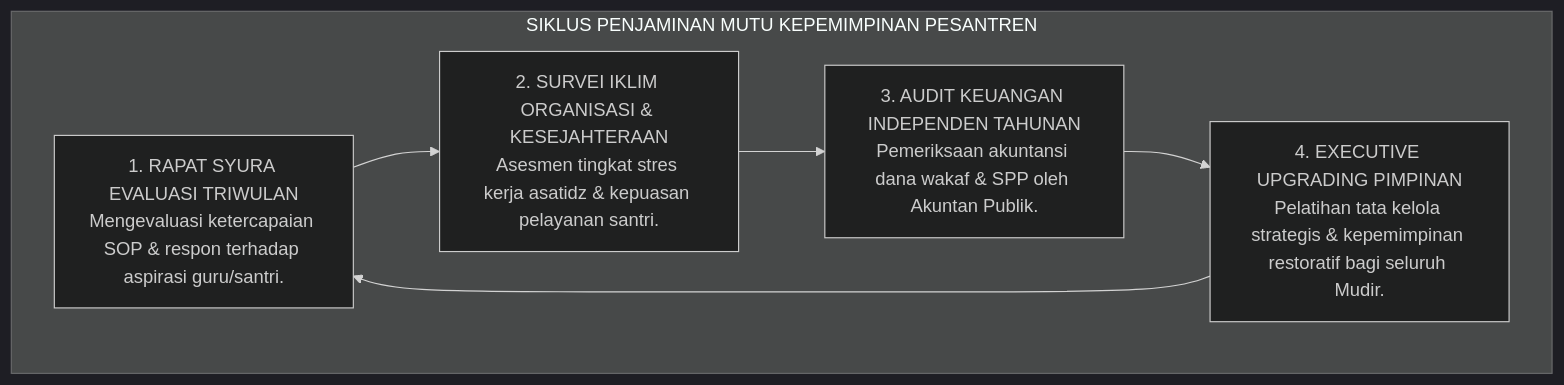
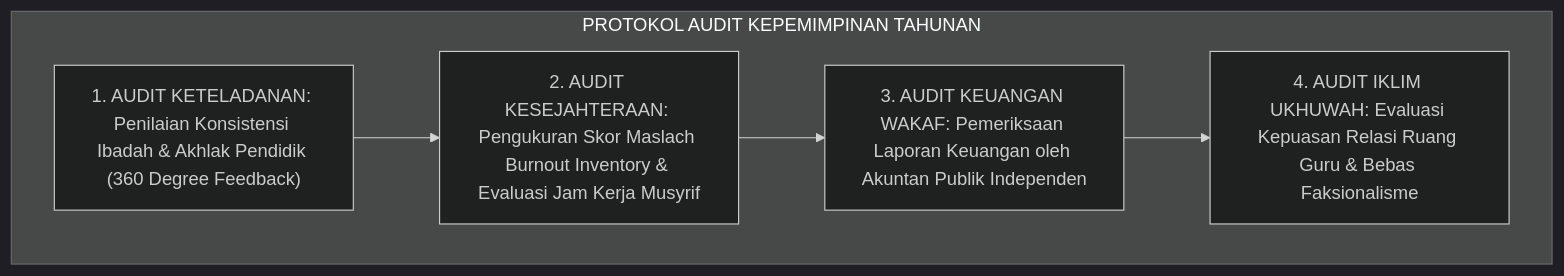
Before and after one commit to wandiapriliyandi/tumbuh: the fourth of 4 diagrams in 01 Philosophy/05 Leadership/P1-05-07-Sintesis-Leadership-TUMBUH.md, drawn with Mermaid (dark theme). The commit also changed other lines of this file and 7 other files, not shown here.

````diff
--- a/01 Philosophy/05 Leadership/P1-05-07-Sintesis-Leadership-TUMBUH.md
+++ b/01 Philosophy/05 Leadership/P1-05-07-Sintesis-Leadership-TUMBUH.md
@@ -148,14 +185,9 @@
 ```mermaid
 flowchart TD
-    subgraph SiklusAuditKepemimpinan["SIKLUS PENJAMINAN MUTU KEPEMIMPINAN PESANTREN"]
-        SyuraEvaluasi["1. RAPAT SYURA EVALUASI TRIWULAN<br/>Mengevaluasi ketercapaian SOP & respon terhadap aspirasi guru/santri."]
-        
-        SurveiIklim["2. SURVEI IKLIM ORGANISASI & KESEJAHTERAAN<br/>Asesmen tingkat stres kerja asatidz & kepuasan pelayanan santri."]
-        
-        AuditKeuangan["3. AUDIT KEUANGAN INDEPENDEN TAHUNAN<br/>Pemeriksaan akuntansi dana wakaf & SPP oleh Akuntan Publik."]
-        
-        UpgradingMudir["4. EXECUTIVE UPGRADING PIMPINAN<br/>Pelatihan tata kelola strategis & kepemimpinan restoratif bagi seluruh Mudir."]
-        
-        SyuraEvaluasi --> SurveiIklim --> AuditKeuangan --> UpgradingMudir --> SyuraEvaluasi
+    subgraph AuditKepemimpinanTahunan["PROTOKOL AUDIT KEPEMIMPINAN TAHUNAN"]
+        AuditQudwah["1. AUDIT KETELADANAN: Penilaian Konsistensi Ibadah & Akhlak Pendidik (360 Degree Feedback)"]
+        --> AuditBurnout["2. AUDIT KESEJAHTERAAN: Pengukuran Skor Maslach Burnout Inventory & Evaluasi Jam Kerja Musyrif"]
+        --> AuditAmanah["3. AUDIT KEUANGAN WAKAF: Pemeriksaan Laporan Keuangan oleh Akuntan Publik Independen"]
+        --> AuditUkhuwah["4. AUDIT IKLIM UKHUWAH: Evaluasi Kepuasan Relasi Ruang Guru & Bebas Faksionalisme"]
     end
 ```
````
